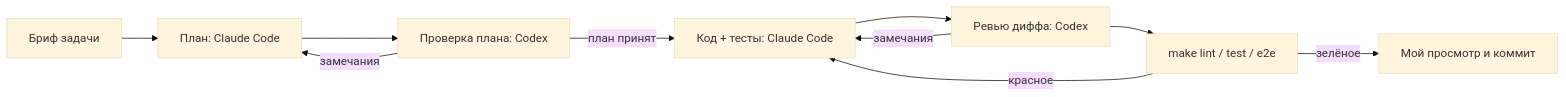
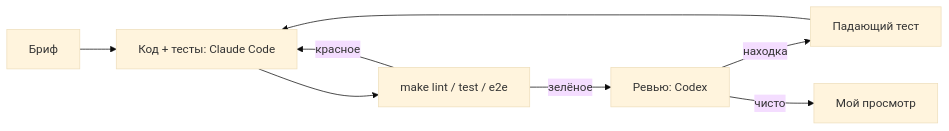
Before and after one commit to Georgy213123/ai-product-engineering: the diagram in projects/01-sellerdesk/docs/04-ai-development.md, drawn with Mermaid (base theme). The commit also changed other lines of this file and 16 other files, not shown here.

````diff
--- a/projects/01-sellerdesk/docs/04-ai-development.md
+++ b/projects/01-sellerdesk/docs/04-ai-development.md
@@ -10,12 +6,9 @@
 ```mermaid
 flowchart LR
-    A[Бриф задачи] --> B[План: Claude Code]
-    B --> C[Проверка плана: Codex]
-    C -- замечания --> B
-    C -- план принят --> D[Код + тесты: Claude Code]
-    D --> E[Ревью диффа: Codex]
-    E -- замечания --> D
-    E --> F[make lint / test / e2e]
-    F -- красное --> D
-    F -- зелёное --> G[Мой просмотр и коммит]
+    A[Бриф] --> B[Код + тесты: Claude Code]
+    B --> C[make lint / test / e2e]
+    C -- красное --> B
+    C -- зелёное --> D[Ревью: Codex]
+    D -- находка --> E[Падающий тест] --> B
+    D -- чисто --> F[Мой просмотр]
 ```
````
